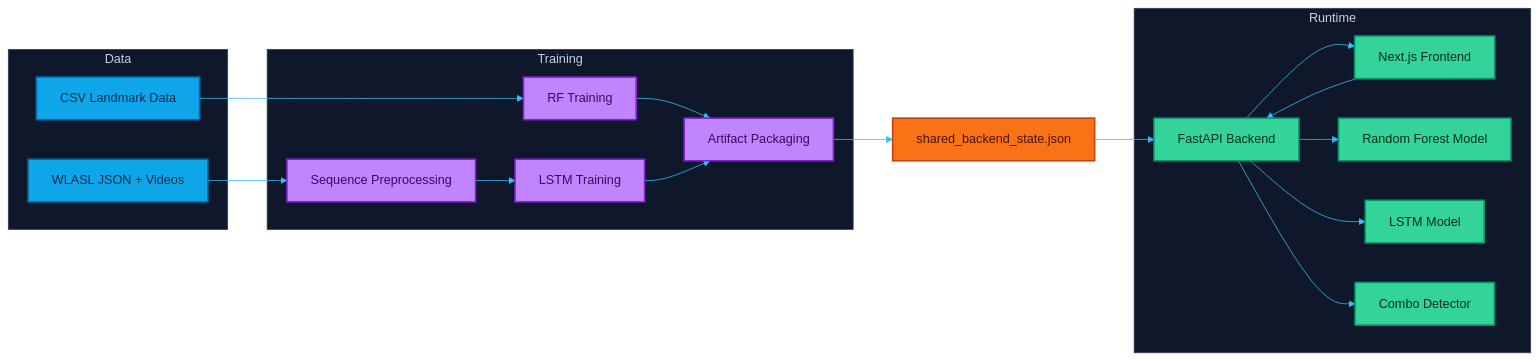
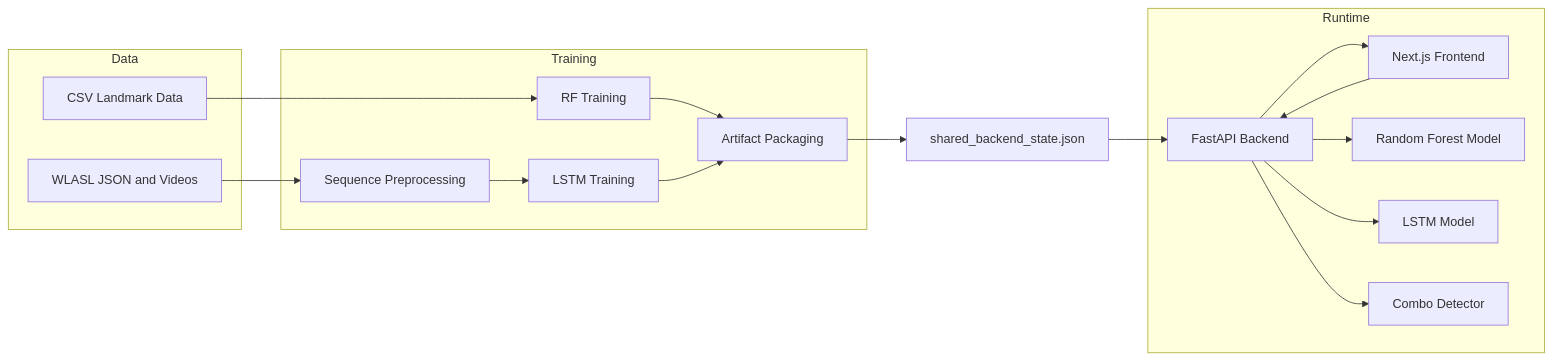
The first of 3 diagrams in README.md (RishiStudies/hand_sign_detection_dynamic), drawn with Mermaid before and after one commit. The commit also changed other lines of this file and 4 other files, not shown here.

````diff
--- a/README.md
+++ b/README.md
@@ -282,52 +219,34 @@
 ```mermaid
-%%{init: {'theme': 'base', 'themeVariables': {
-  'background': '#0a0f1f',
-  'primaryColor': '#111827',
-  'primaryTextColor': '#f8fafc',
-  'primaryBorderColor': '#22d3ee',
-  'lineColor': '#38bdf8',
-  'clusterBkg': '#0f172a',
-  'clusterBorder': '#334155'
-}}}%%
 flowchart LR
   subgraph Data
     CSV[CSV Landmark Data]
-    WLASL[WLASL JSON + Videos]
+    WLASL[WLASL JSON and Videos]
   end
 
   subgraph Training
     RFTRAIN[RF Training]
     PREP[Sequence Preprocessing]
     LSTMTRAIN[LSTM Training]
     PACKAGE[Artifact Packaging]
   end
 
   subgraph Runtime
     UI[Next.js Frontend]
     API[FastAPI Backend]
     RF[Random Forest Model]
     LSTM[LSTM Model]
     COMBO[Combo Detector]
   end
 
   CSV --> RFTRAIN
   WLASL --> PREP --> LSTMTRAIN
   RFTRAIN --> PACKAGE
   LSTMTRAIN --> PACKAGE
   PACKAGE --> STATE[shared_backend_state.json]
   STATE --> API
   API --> RF
   API --> LSTM
   API --> COMBO
   UI --> API
   API --> UI
-
-  classDef data fill:#0ea5e9,stroke:#0369a1,color:#082f49,stroke-width:2px;
-  classDef train fill:#c084fc,stroke:#7e22ce,color:#3b0764,stroke-width:2px;
-  classDef runtime fill:#34d399,stroke:#059669,color:#052e16,stroke-width:2px;
-  classDef state fill:#f97316,stroke:#c2410c,color:#431407,stroke-width:2px;
-  class CSV,WLASL data;
-  class RFTRAIN,PREP,LSTMTRAIN,PACKAGE train;
-  class UI,API,RF,LSTM,COMBO runtime;
-  class STATE state;
 ```
````
